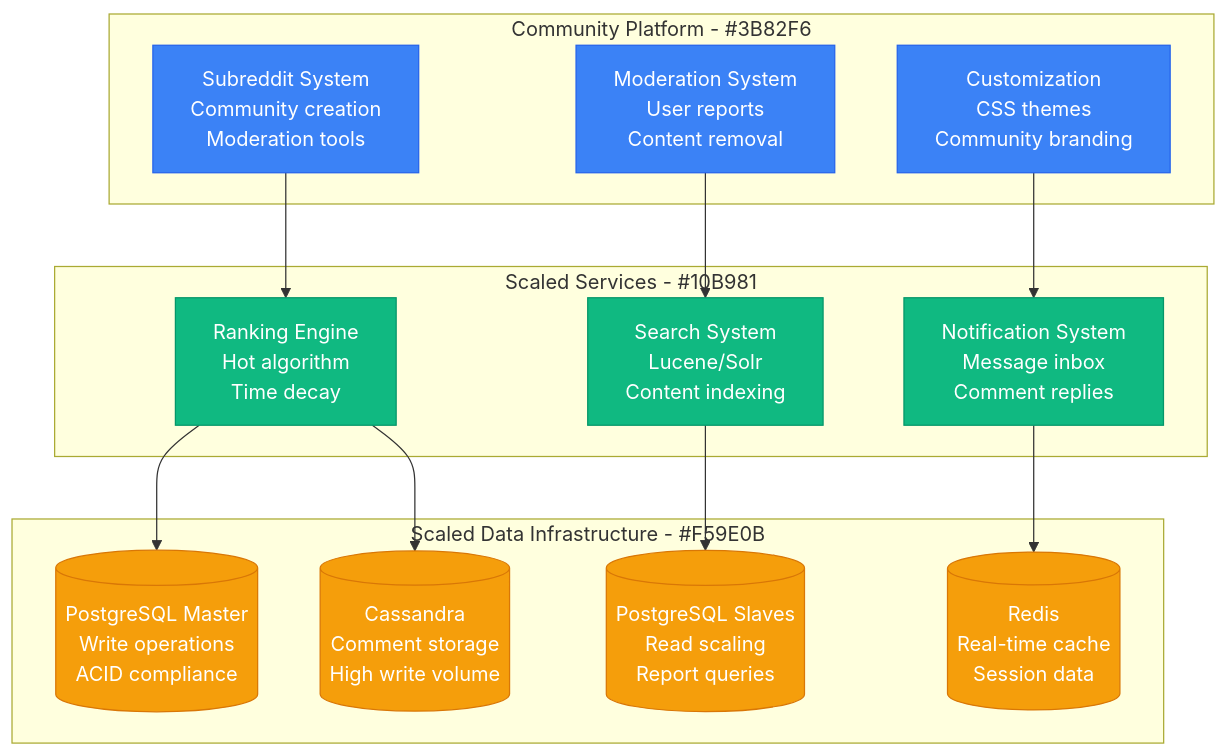
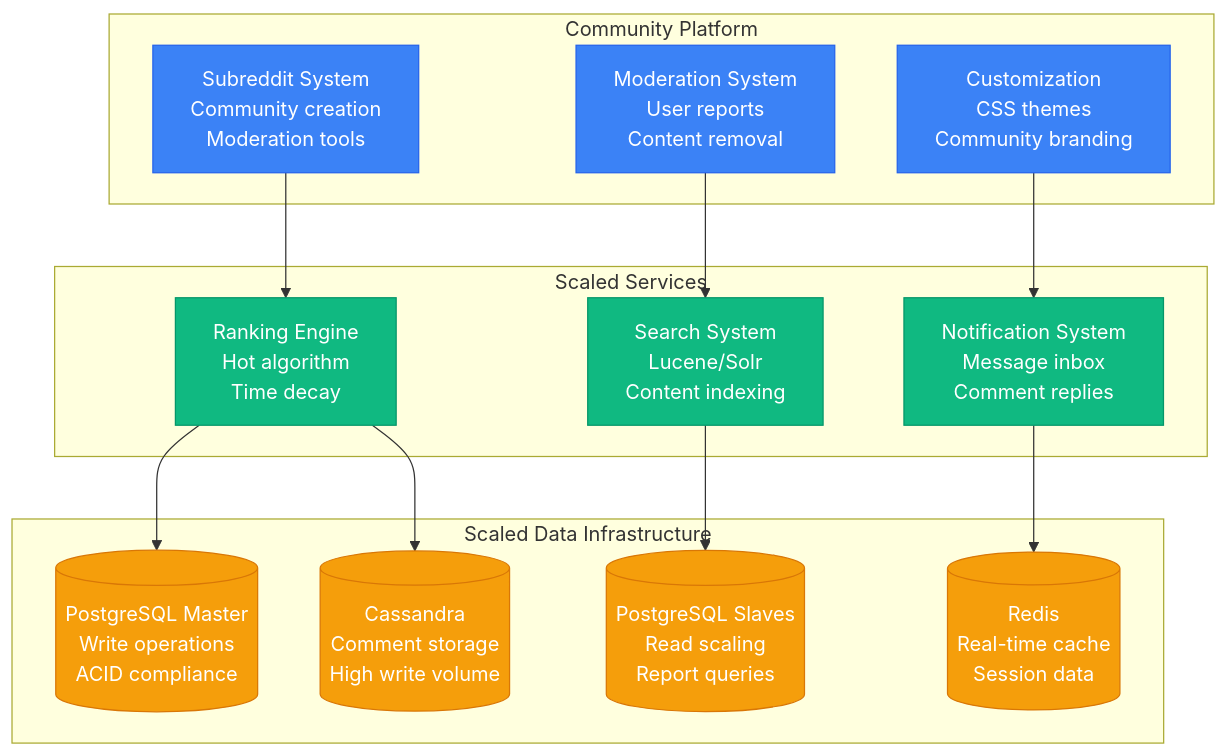
One commit to deepaucksharma/DS changed the second of 3 diagrams in site/docs/scaling/reddit-scale-evolution.md. Above: the diagram before and after it, drawn with Mermaid. The commit also changed other lines of this file and 169 other files, not shown here.

````diff
--- a/site/docs/scaling/reddit-scale-evolution.md
+++ b/site/docs/scaling/reddit-scale-evolution.md
@@ -65,37 +65,37 @@
 ```mermaid
 graph TB
-    subgraph CommunityPlatform[Community Platform - #3B82F6]
+    subgraph CommunityPlatform["Community Platform"]
         SUBREDDIT_SYSTEM[Subreddit System<br/>Community creation<br/>Moderation tools]
         MODERATION[Moderation System<br/>User reports<br/>Content removal]
         CUSTOMIZATION[Customization<br/>CSS themes<br/>Community branding]
     end
 
-    subgraph ScaledServices[Scaled Services - #10B981]
+    subgraph ScaledServices["Scaled Services"]
         RANKING_ENGINE[Ranking Engine<br/>Hot algorithm<br/>Time decay]
         SEARCH_SYSTEM[Search System<br/>Lucene/Solr<br/>Content indexing]
         NOTIFICATION_SYS[Notification System<br/>Message inbox<br/>Comment replies]
     end
 
-    subgraph ScaledData[Scaled Data Infrastructure - #F59E0B]
+    subgraph ScaledData["Scaled Data Infrastructure"]
         POSTGRES_MASTER[(PostgreSQL Master<br/>Write operations<br/>ACID compliance)]
         POSTGRES_SLAVES[(PostgreSQL Slaves<br/>Read scaling<br/>Report queries)]
         REDIS[(Redis<br/>Real-time cache<br/>Session data)]
         CASSANDRA[(Cassandra<br/>Comment storage<br/>High write volume)]
     end
 
     SUBREDDIT_SYSTEM --> RANKING_ENGINE
     MODERATION --> SEARCH_SYSTEM
     CUSTOMIZATION --> NOTIFICATION_SYS
     RANKING_ENGINE --> POSTGRES_MASTER
     SEARCH_SYSTEM --> POSTGRES_SLAVES
     NOTIFICATION_SYS --> REDIS
     RANKING_ENGINE --> CASSANDRA
 
     classDef platformStyle fill:#3B82F6,stroke:#2563EB,color:#fff
     classDef serviceStyle fill:#10B981,stroke:#059669,color:#fff
     classDef dataStyle fill:#F59E0B,stroke:#D97706,color:#fff
 
     class SUBREDDIT_SYSTEM,MODERATION,CUSTOMIZATION platformStyle
     class RANKING_ENGINE,SEARCH_SYSTEM,NOTIFICATION_SYS serviceStyle
     class POSTGRES_MASTER,POSTGRES_SLAVES,REDIS,CASSANDRA dataStyle
 ```
````
